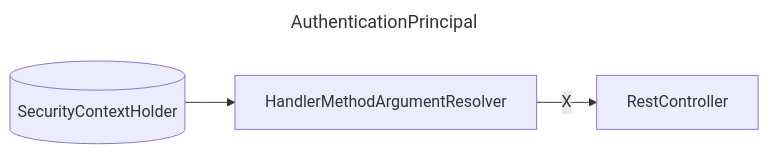
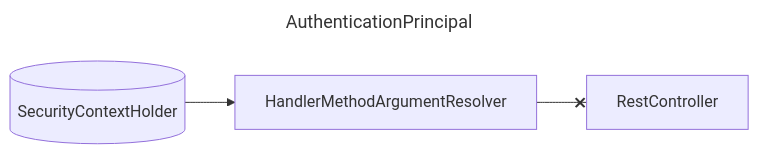
Before and after one commit to cmsong111/blog: the diagram in _posts/Spring/Feature/2025-05-08-spring-kotlin-AuthenticationPrincipal.md, drawn with Mermaid. The commit also changed 96 other files, not shown here.

````diff
--- a/_posts/Spring/Feature/2025-05-08-spring-kotlin-AuthenticationPrincipal.md
+++ b/_posts/Spring/Feature/2025-05-08-spring-kotlin-AuthenticationPrincipal.md
@@ -59,9 +59,8 @@
 ```mermaid
 ---
 title: AuthenticationPrincipal 
 ---
 flowchart LR
-    A[(SecurityContextHolder)] --> B
-    B[HandlerMethodArgumentResolver] --X--> C
-    C[RestController]
+    A[("SecurityContextHolder")] --> B["HandlerMethodArgumentResolver"]
+    B --x C["RestController"]
 ```
````
